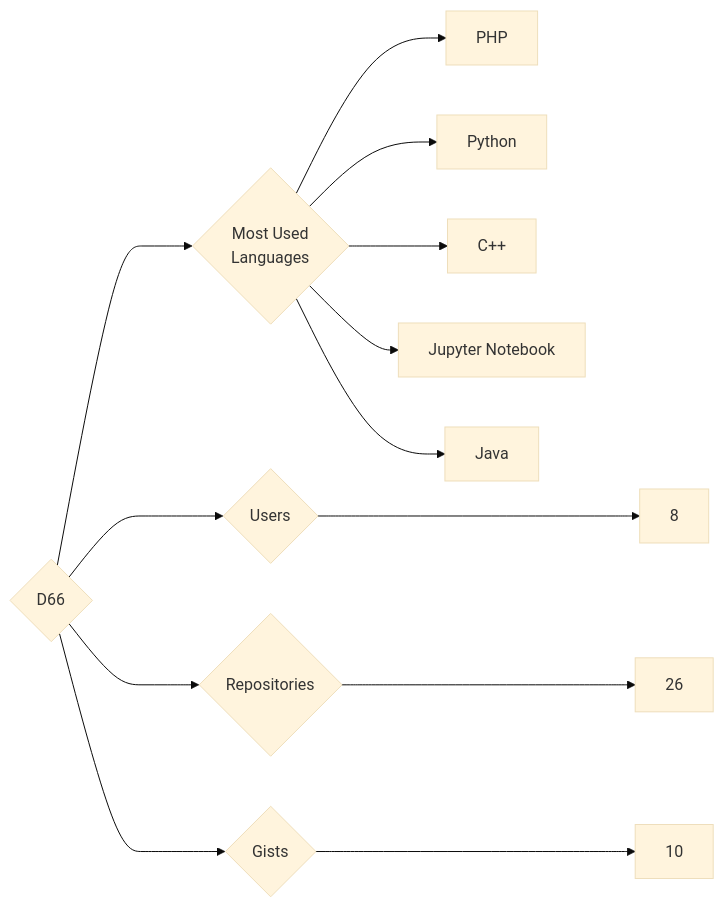
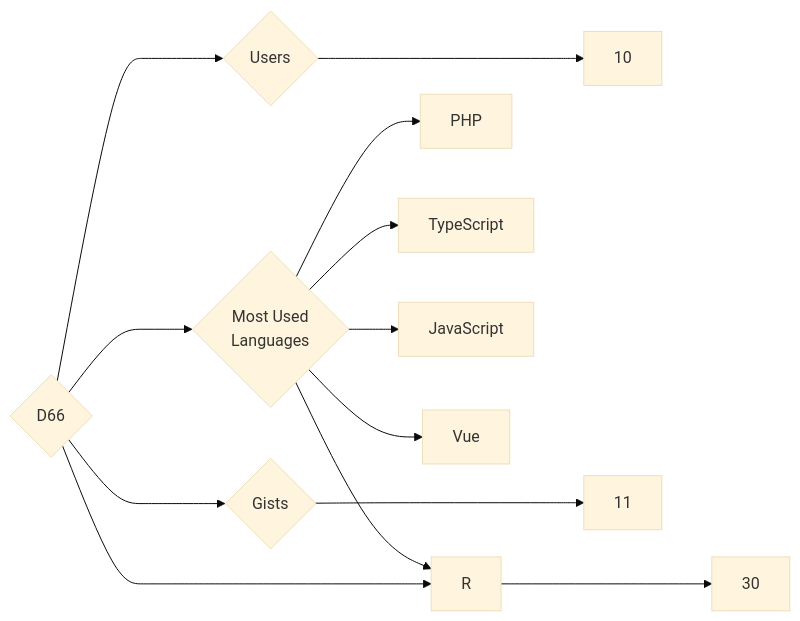
The diagram in targets/D66/README.md (trickest/insiders), drawn with Mermaid (base theme) before and after one commit. The commit also changed 944 other files, not shown here.

````diff
--- a/targets/D66/README.md
+++ b/targets/D66/README.md
@@ -3,13 +3,13 @@
 ```mermaid
 graph LR
 COMPANY_NAME{D66}
-COMPANY_NAME ---> U{Users} ---> UN[8]
-COMPANY_NAME ---> R{Repositories} ---> RN[26]
-COMPANY_NAME ---> G{Gists} ---> GN[10]
+COMPANY_NAME ---> U{Users} ---> UN[10]
+COMPANY_NAME ---> R{Repositories} ---> RN[30]
+COMPANY_NAME ---> G{Gists} ---> GN[11]
 COMPANY_NAME ---> ML{Most Used<br>Languages}
 ML --> PHP[PHP]
-ML --> Python[Python]
-ML --> C++[C++]
-ML --> Jupyter_Notebook[Jupyter Notebook]
-ML --> Java[Java]
+ML --> TypeScript[TypeScript]
+ML --> JavaScript[JavaScript]
+ML --> Vue[Vue]
+ML --> R[R]
 ```
````
